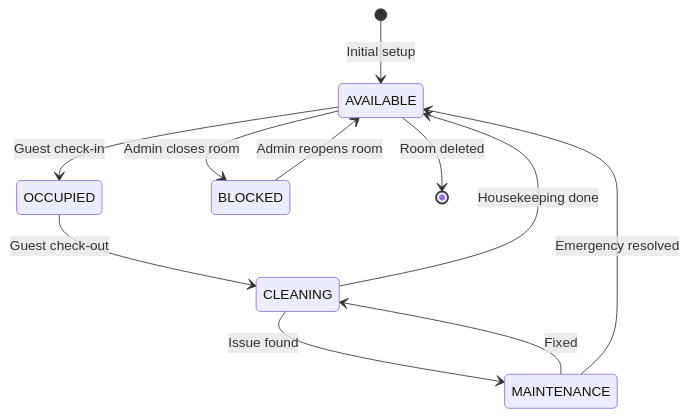
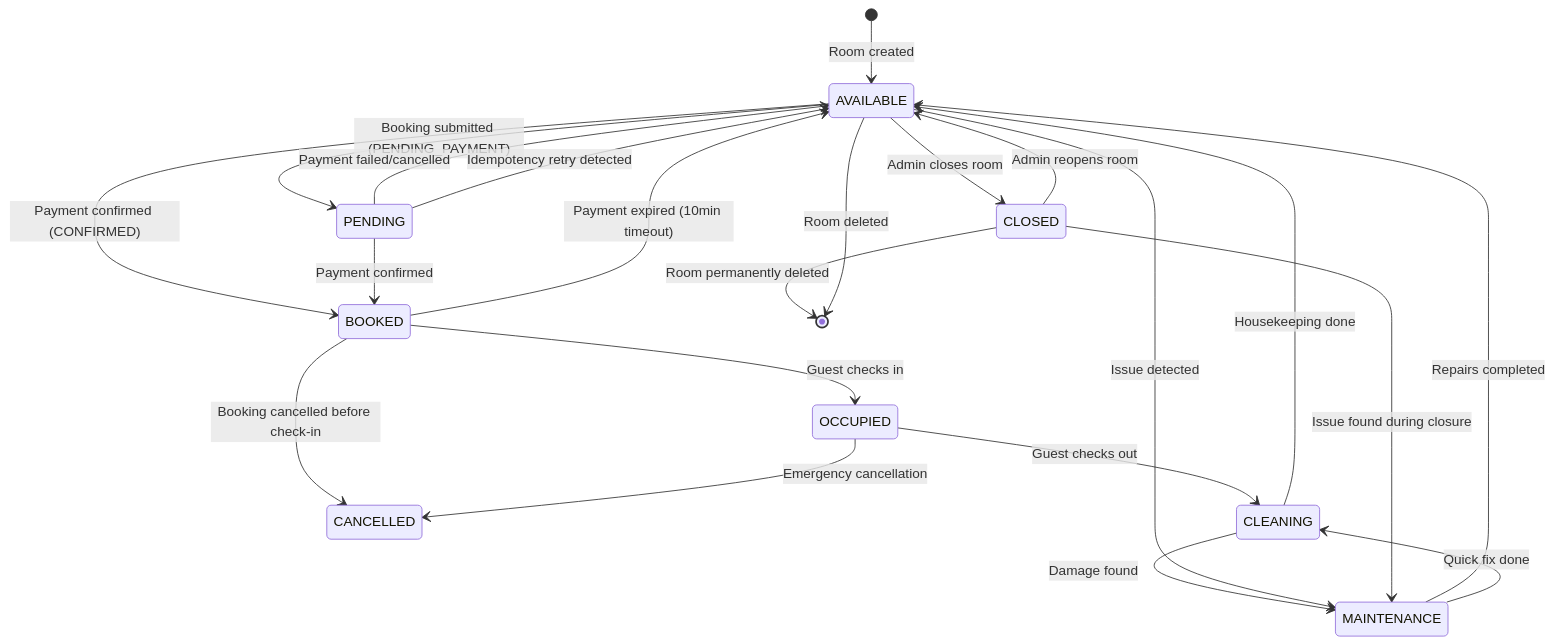
One commit to PhamVietHoangFPT/databaseHomi changed diagram 13 of 41 in Mermaid.md. Above: the diagram before and after it, drawn with Mermaid. The commit also changed other lines of this file and 2 other files, not shown here.

````diff
--- a/Mermaid.md
+++ b/Mermaid.md
@@ -470,13 +499,24 @@
 ```mermaid
 stateDiagram-v2
-    [*] --> AVAILABLE: Initial setup
-    AVAILABLE --> OCCUPIED: Guest check-in
-    OCCUPIED --> CLEANING: Guest check-out
+    [*] --> AVAILABLE: Room created
+    AVAILABLE --> PENDING: Booking submitted (PENDING_PAYMENT)
+    AVAILABLE --> BOOKED: Payment confirmed (CONFIRMED)
+    PENDING --> AVAILABLE: Payment failed/cancelled
+    PENDING --> BOOKED: Payment confirmed
+    PENDING --> AVAILABLE: Idempotency retry detected
+    BOOKED --> OCCUPIED: Guest checks in
+    BOOKED --> CANCELLED: Booking cancelled before check-in
+    BOOKED --> AVAILABLE: Payment expired (10min timeout)
+    OCCUPIED --> CLEANING: Guest checks out
+    OCCUPIED --> CANCELLED: Emergency cancellation
     CLEANING --> AVAILABLE: Housekeeping done
-    AVAILABLE --> BLOCKED: Admin closes room
-    BLOCKED --> AVAILABLE: Admin reopens room
+    CLEANING --> MAINTENANCE: Damage found
+    AVAILABLE --> CLOSED: Admin closes room
+    AVAILABLE --> MAINTENANCE: Issue detected
+    CLOSED --> AVAILABLE: Admin reopens room
+    CLOSED --> MAINTENANCE: Issue found during closure
+    MAINTENANCE --> AVAILABLE: Repairs completed
+    MAINTENANCE --> CLEANING: Quick fix done
+    CLOSED --> [*]: Room permanently deleted
     AVAILABLE --> [*]: Room deleted
-    CLEANING --> MAINTENANCE: Issue found
-    MAINTENANCE --> CLEANING: Fixed
-    MAINTENANCE --> AVAILABLE: Emergency resolved
 ```
````
